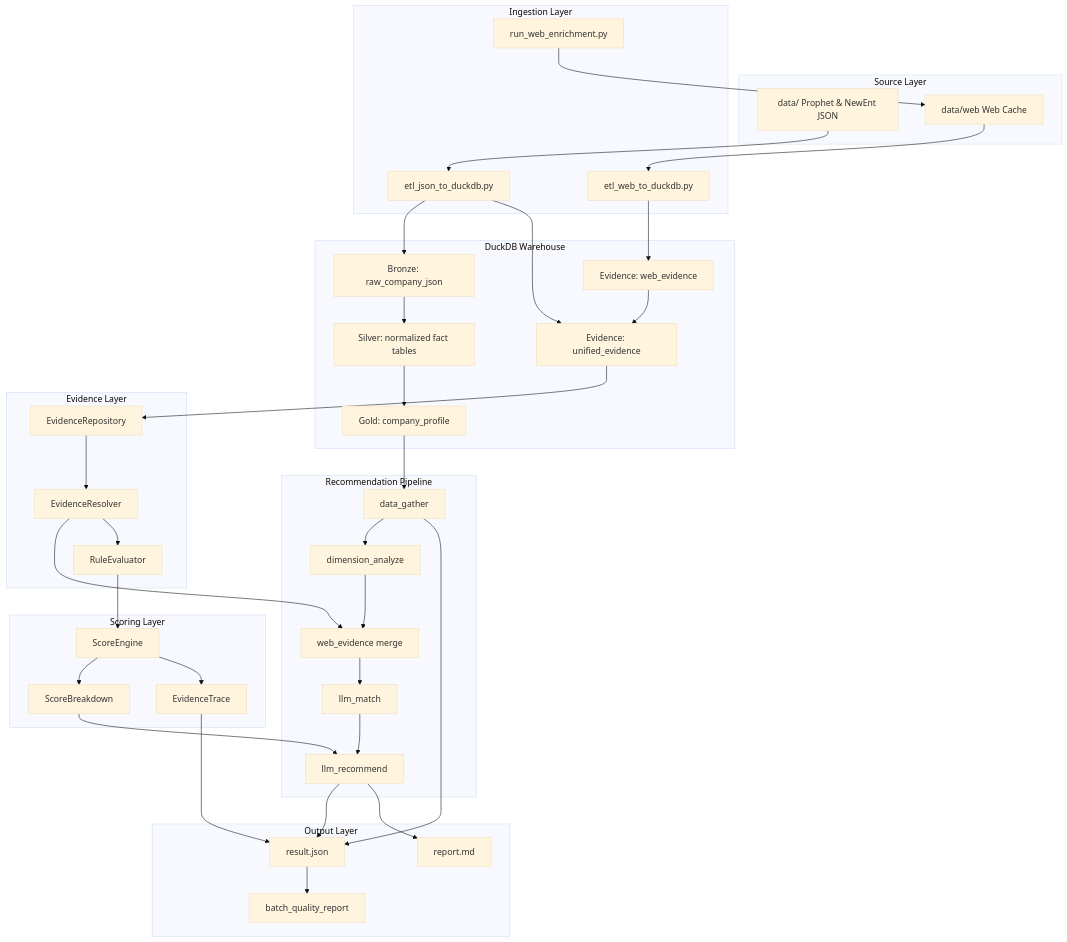
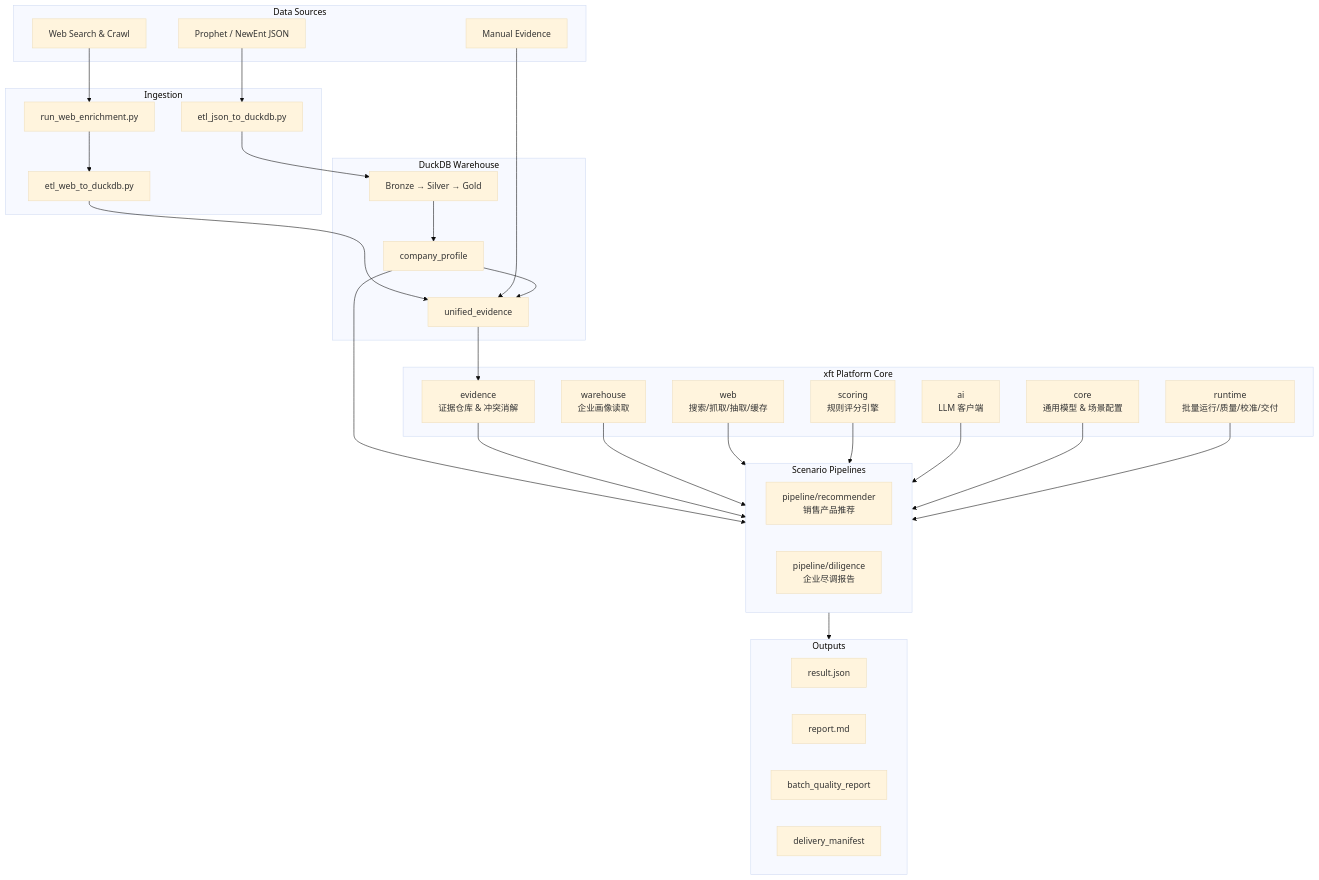
Before and after one commit to leeing/xft-dd: the first of 3 diagrams in README.md, drawn with Mermaid (base theme). The commit also changed other lines of this file, not shown here.

First line of the commit message:
📝 docs(readme): rewrite for xft unified platform architecture

````diff
--- a/README.md
+++ b/README.md
@@ -7,60 +5,56 @@
 ```mermaid
 flowchart TB
-  subgraph S["Source Layer"]
-    A["data/ Prophet & NewEnt JSON"]
-    B["data/web Web Cache"]
+  subgraph Sources["Data Sources"]
+    A["Prophet / NewEnt JSON"]
+    B["Web Search & Crawl"]
+    C["Manual Evidence"]
   end
 
-  subgraph I["Ingestion Layer"]
+  subgraph Ingestion["Ingestion"]
     D["etl_json_to_duckdb.py"]
     E["run_web_enrichment.py"]
     F["etl_web_to_duckdb.py"]
   end
 
-  subgraph W["DuckDB Warehouse"]
-    G["Bronze: raw_company_json"]
-    H["Silver: normalized fact tables"]
-    J["Gold: company_profile"]
-    K["Evidence: web_evidence"]
-    L["Evidence: unified_evidence"]
+  subgraph Warehouse["DuckDB Warehouse"]
+    G["Bronze → Silver → Gold"]
+    H["company_profile"]
+    I["unified_evidence"]
   end
 
-  subgraph EV["Evidence Layer"]
-    EV1["EvidenceRepository"]
-    EV2["EvidenceResolver"]
-    EV3["RuleEvaluator"]
+  subgraph Platform["xft Platform Core"]
+    J["warehouse<br/>企业画像读取"]
+    K["evidence<br/>证据仓库 & 冲突消解"]
+    L["web<br/>搜索/抓取/抽取/缓存"]
+    M["scoring<br/>规则评分引擎"]
+    N["ai<br/>LLM 客户端"]
+    O["core<br/>通用模型 & 场景配置"]
+    P["runtime<br/>批量运行/质量/校准/交付"]
   end
 
-  subgraph SC["Scoring Layer"]
-    SC1["ScoreEngine"]
-    SC2["ScoreBreakdown"]
-    SC3["EvidenceTrace"]
+  subgraph Pipelines["Scenario Pipelines"]
+    Q["pipeline/recommender<br/>销售产品推荐"]
+    R["pipeline/diligence<br/>企业尽调报告"]
   end
 
-  subgraph R["Recommendation Pipeline"]
-    M["data_gather"]
-    N["dimension_analyze"]
-    O["web_evidence merge"]
-    P["llm_match"]
-    Q["llm_recommend"]
+  subgraph Outputs["Outputs"]
+    S["result.json"]
+    T["report.md"]
+    U["batch_quality_report"]
+    V["delivery_manifest"]
   end
 
-  subgraph O2["Output Layer"]
-    X["result.json"]
-    Y["report.md"]
-    Z["batch_quality_report"]
-  end
-
-  A --> D --> G --> H --> J
-  D --> L
-  E --> B --> F --> K --> L
-  J --> M --> N --> O --> P --> Q
-  L --> EV1 --> EV2 --> O
-  EV2 --> EV3 --> SC1
-  SC1 --> SC2 --> Q
-  SC1 --> SC3 --> X
-  M --> X
-  Q --> X
-  Q --> Y
-  X --> Z
+  A --> D --> G
+  B --> E --> F --> I
+  C --> I
+  G --> H --> I
+  H --> Pipelines
+  I --> K --> Pipelines
+  J --> Pipelines
+  L --> Pipelines
+  M --> Pipelines
+  N --> Pipelines
+  O --> Pipelines
+  P --> Pipelines
+  Pipelines --> Outputs
 ```
````
